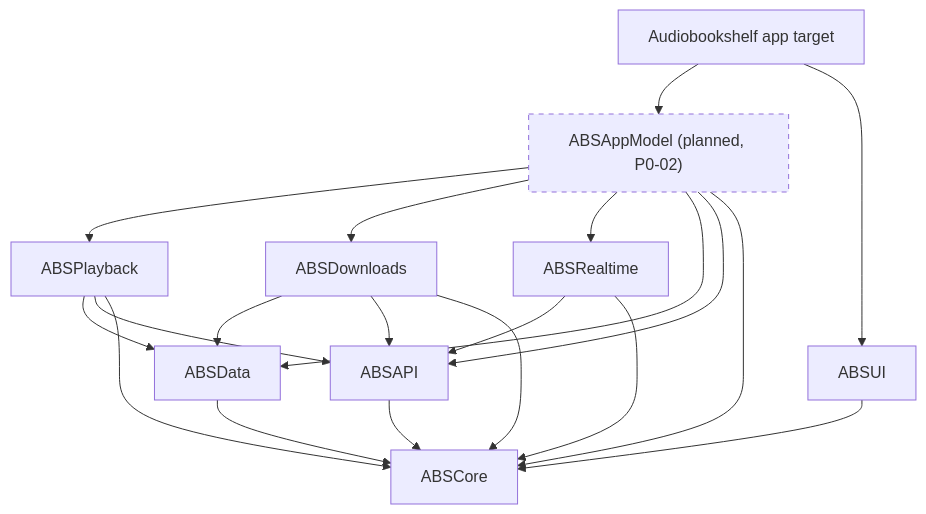
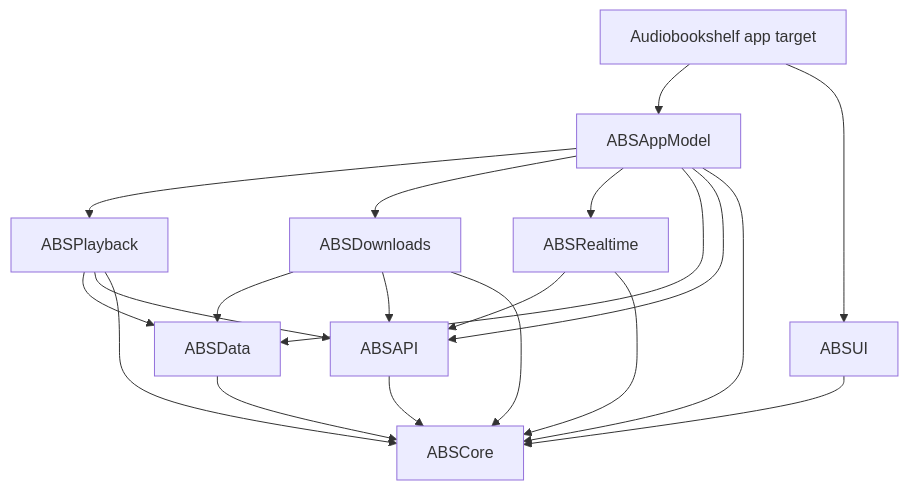
One commit to djensenius/audiobookshelf-apple changed the diagram in docs/architecture.md. Above: the diagram before and after it, drawn with Mermaid. The commit also changed other lines of this file and 1 other file, not shown here.

Commit message:
Mark ABSAppModel as implemented in the architecture docs
Copilot-Session: 05d486fd-e6c8-414d-885f-ce18d60c2f25

````diff
--- a/docs/architecture.md
+++ b/docs/architecture.md
@@ -26,35 +26,32 @@
 ```mermaid
 flowchart TD
     App["Audiobookshelf app target"]
-    AppModel["ABSAppModel (planned, P0-02)"]
+    AppModel["ABSAppModel"]
     UI["ABSUI"]
     Playback["ABSPlayback"]
     Downloads["ABSDownloads"]
     Realtime["ABSRealtime"]
     Data["ABSData"]
     API["ABSAPI"]
     Core["ABSCore"]
 
     App --> AppModel
     App --> UI
     AppModel --> Playback
     AppModel --> Downloads
     AppModel --> Realtime
     AppModel --> Data
     AppModel --> API
     AppModel --> Core
     Playback --> Data
     Playback --> API
     Playback --> Core
     Downloads --> Data
     Downloads --> API
     Downloads --> Core
     Realtime --> API
     Realtime --> Core
     Data --> Core
     API --> Core
     UI --> Core
-
-    classDef planned stroke-dasharray: 5 5
-    class AppModel planned
 ```
````
